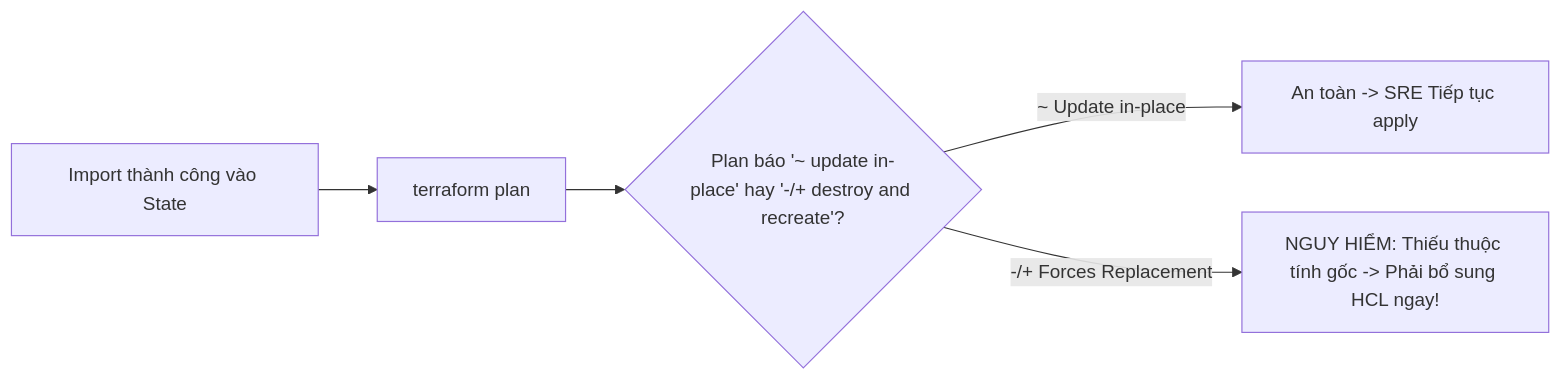
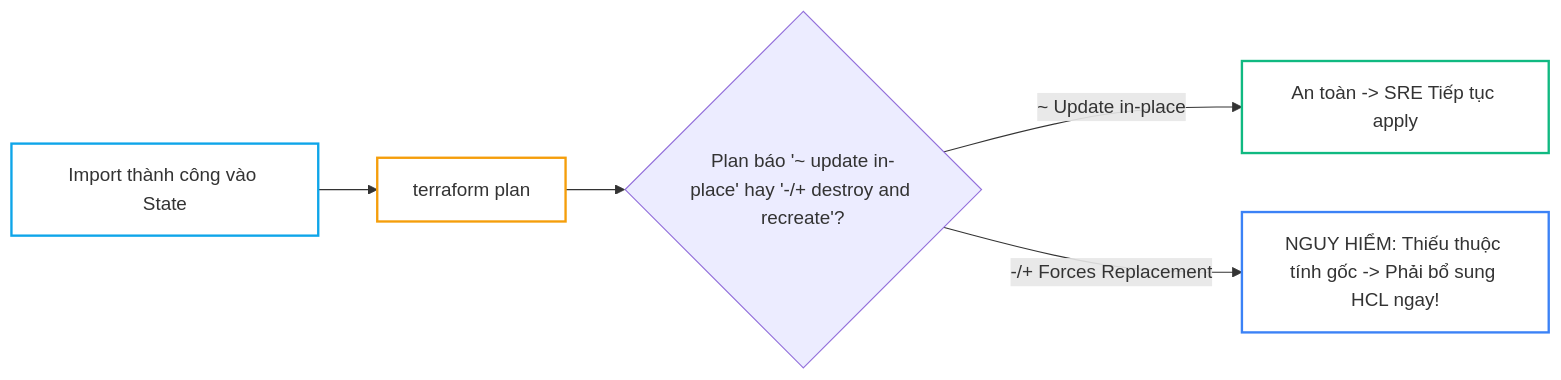
One commit to kiennt308/ntk changed the fourth of 5 diagrams in _posts/2026-09-13-terraform-08-08-phau-thuat-state-state-mv-rm-replace-declarative-import-giai-cuu-ha-tang.md. Above: the diagram before and after it, drawn with Mermaid. The commit also changed other lines of this file and 26 other files, not shown here.

Commit message:
style(terraform): standardize presentation, complete titles & summaries, tailor tldr, and optimize lab tables & mermaid across Bài 05 to Bài 31

````diff
--- a/_posts/2026-09-13-terraform-08-08-phau-thuat-state-state-mv-rm-replace-declarative-import-giai-cuu-ha-tang.md
+++ b/_posts/2026-09-13-terraform-08-08-phau-thuat-state-state-mv-rm-replace-declarative-import-giai-cuu-ha-tang.md
@@ -200,9 +218,12 @@
 ```mermaid
 flowchart LR
     A["Import thành công vào State"] --> B["terraform plan"]
     B --> C{"Plan báo '~ update in-place' hay '-/+ destroy and recreate'?"}
     C -->|~ Update in-place| D["An toàn -&gt; SRE Tiếp tục apply"]
     C -->|-/+ Forces Replacement| E["NGUY HIỂM: Thiếu thuộc tính gốc -&gt; Phải bổ sung HCL ngay!"]
 
-
+    style E fill:none,stroke:#3b82f6,stroke-width:2px
+    style A fill:none,stroke:#0ea5e9,stroke-width:2px
+    style D fill:none,stroke:#10b981,stroke-width:2px
+    style B fill:none,stroke:#f59e0b,stroke-width:2px
 ```
````
